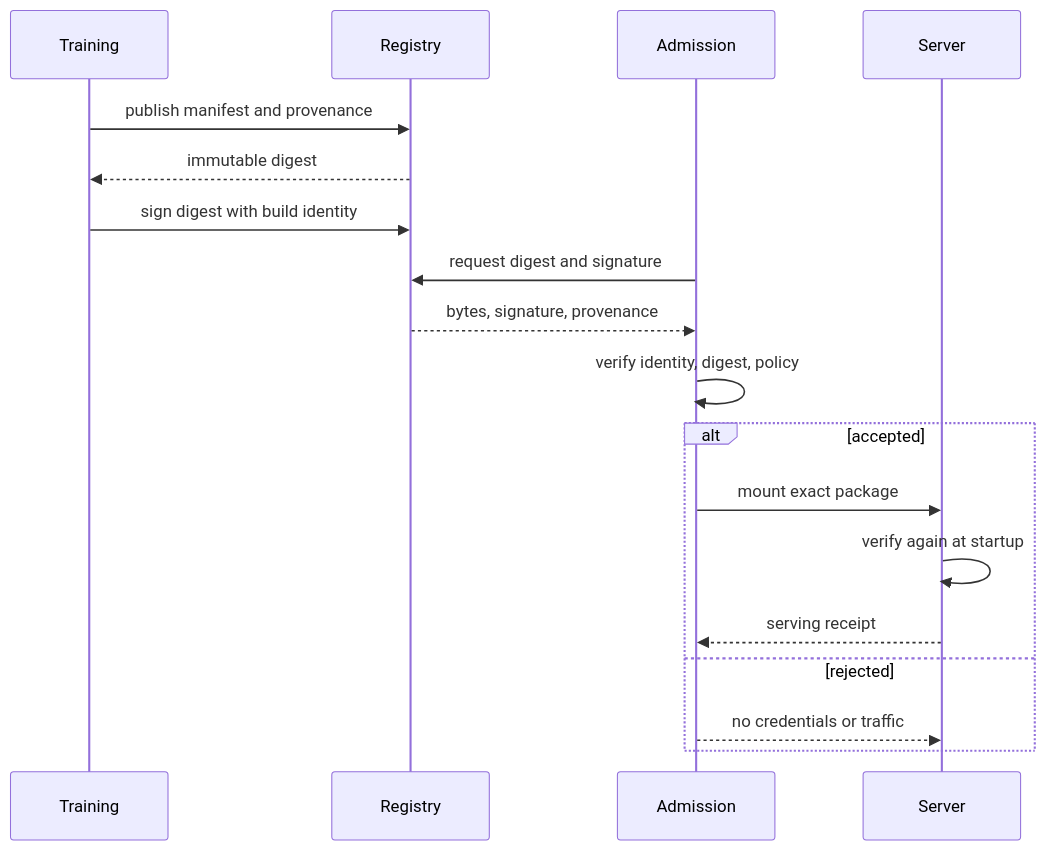
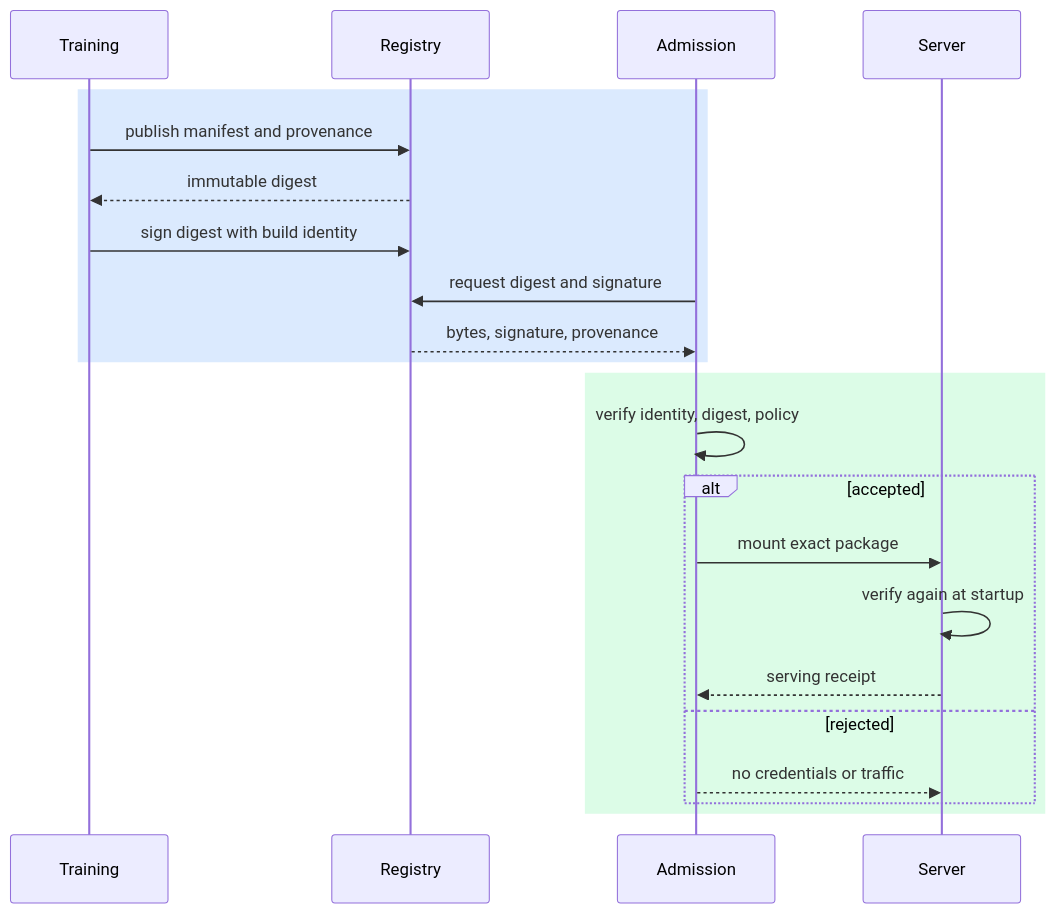
The second of 2 diagrams in months/2026-07/15-model-artifact-signing.md (souradeepta/ai-monthly-concepts), drawn with Mermaid before and after one commit. The commit also changed 9 other files, not shown here.

````diff
--- a/months/2026-07/15-model-artifact-signing.md
+++ b/months/2026-07/15-model-artifact-signing.md
@@ -78,20 +78,24 @@
 ```mermaid
 sequenceDiagram
   participant T as Training
   participant R as Registry
   participant A as Admission
   participant S as Server
-  T->>R: publish manifest and provenance
-  R-->>T: immutable digest
-  T->>R: sign digest with build identity
-  A->>R: request digest and signature
-  R-->>A: bytes, signature, provenance
-  A->>A: verify identity, digest, policy
-  alt accepted
-    A->>S: mount exact package
-    S->>S: verify again at startup
-    S-->>A: serving receipt
-  else rejected
-    A-->>S: no credentials or traffic
+  rect rgb(219, 234, 254)
+    T->>R: publish manifest and provenance
+    R-->>T: immutable digest
+    T->>R: sign digest with build identity
+    A->>R: request digest and signature
+    R-->>A: bytes, signature, provenance
+  end
+  rect rgb(220, 252, 231)
+    A->>A: verify identity, digest, policy
+    alt accepted
+      A->>S: mount exact package
+      S->>S: verify again at startup
+      S-->>A: serving receipt
+    else rejected
+      A-->>S: no credentials or traffic
+    end
   end
 ```
````
